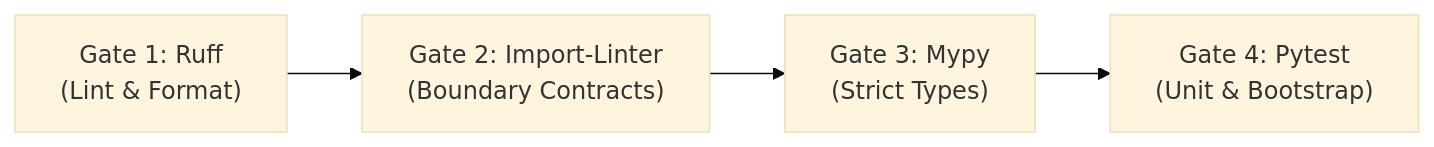
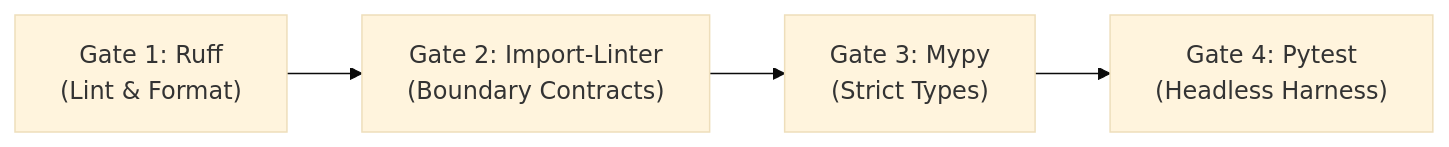
One commit to mnaatjes/ed-telemetry changed the third of 3 diagrams in architecture/designs/0001_modular_monorepo_baseline_and_verification_pipeline.md. Above: the diagram before and after it, drawn with Mermaid (base theme). The commit also changed other lines of this file and 2 other files, not shown here.

````diff
--- a/architecture/designs/0001_modular_monorepo_baseline_and_verification_pipeline.md
+++ b/architecture/designs/0001_modular_monorepo_baseline_and_verification_pipeline.md
@@ -167,6 +155,6 @@
 ```mermaid
 flowchart LR
     G1["Gate 1: Ruff<br/>(Lint & Format)"] --> G2["Gate 2: Import-Linter<br/>(Boundary Contracts)"]
     G2 --> G3["Gate 3: Mypy<br/>(Strict Types)"]
-    G3 --> G4["Gate 4: Pytest<br/>(Unit & Bootstrap)"]
+    G3 --> G4["Gate 4: Pytest<br/>(Headless Harness)"]
 ```
````
